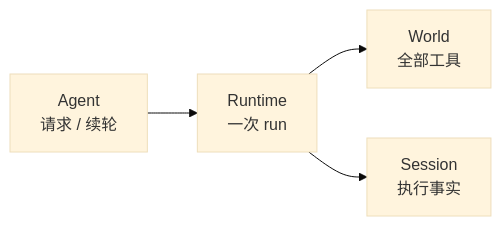
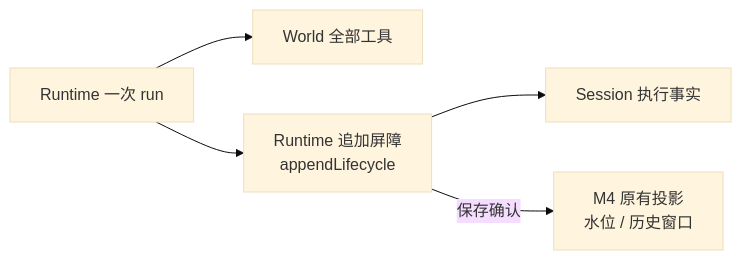
One commit to 13776578253-glitch/1002bot changed the second of 7 diagrams in docs/2026-10-11-M5.0进度与架构图.md. Above: the diagram before and after it, drawn with Mermaid (base theme). The commit also changed other lines of this file and 2 other files, not shown here.

Commit message:
docs(core): expand M4 and M5 architecture reports

````diff
--- a/docs/2026-10-11-M5.0进度与架构图.md
+++ b/docs/2026-10-11-M5.0进度与架构图.md
@@ -59,6 +59,7 @@
 ```mermaid
 flowchart LR
-  A[Agent<br/>请求 / 续轮] --> R[Runtime<br/>一次 run]
-  R --> W[World<br/>全部工具]
-  R --> S[Session<br/>执行事实]
+  R[Runtime 一次 run] --> W[World 全部工具]
+  R --> B[Runtime 追加屏障<br/>appendLifecycle]
+  B --> S[Session 执行事实]
+  B -->|保存确认| P0[M4 原有投影<br/>水位 / 历史窗口]
 ```
````
